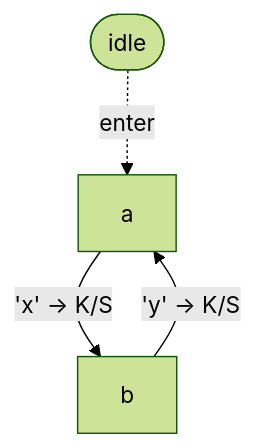
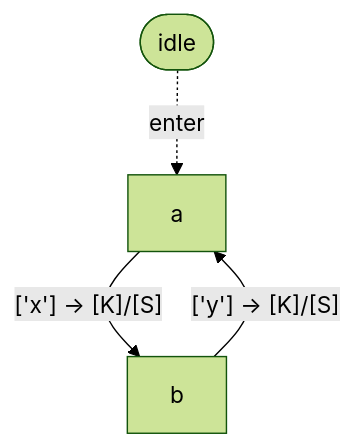
One commit to mellonis/turing-machine-js changed the third of 6 diagrams in packages/machine/README.md. Above: the diagram before and after it, drawn with Mermaid (forest theme). The commit also changed other lines of this file and 15 other files, not shown here.

````diff
--- a/packages/machine/README.md
+++ b/packages/machine/README.md
@@ -287,10 +286,10 @@
 ```mermaid
 flowchart TD
 %% alphabets: [[" ","x","y"]]
   s1["a"]
   s2["b"]
   idle([idle])
   idle -. enter .-> s1
-  s1 -- "'x' → K/S" --> s2
-  s2 -- "'y' → K/S" --> s1
+  s1 -- "['x'] → [K]/[S]" --> s2
+  s2 -- "['y'] → [K]/[S]" --> s1
 ```
````
